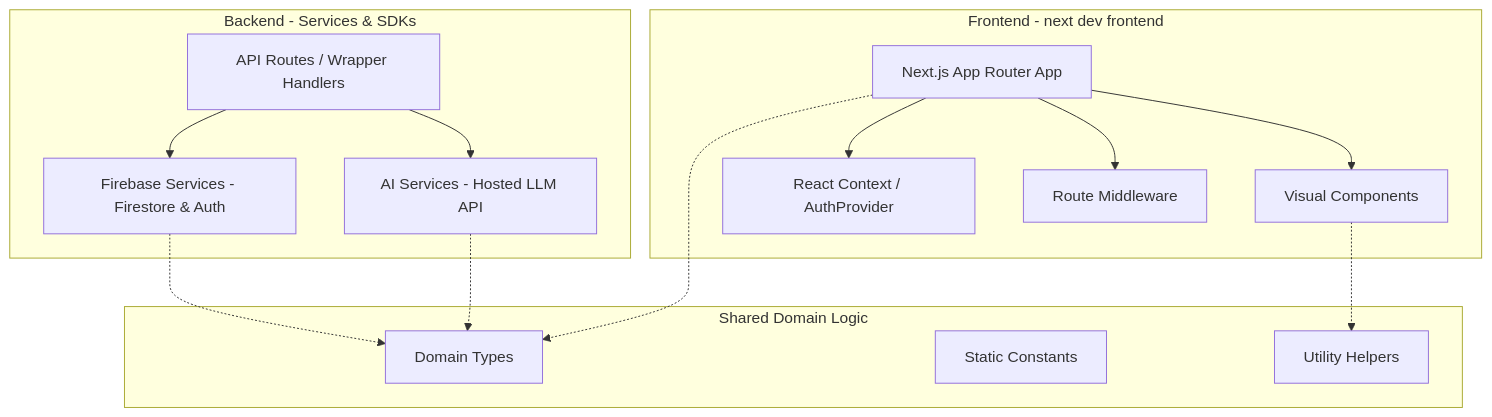
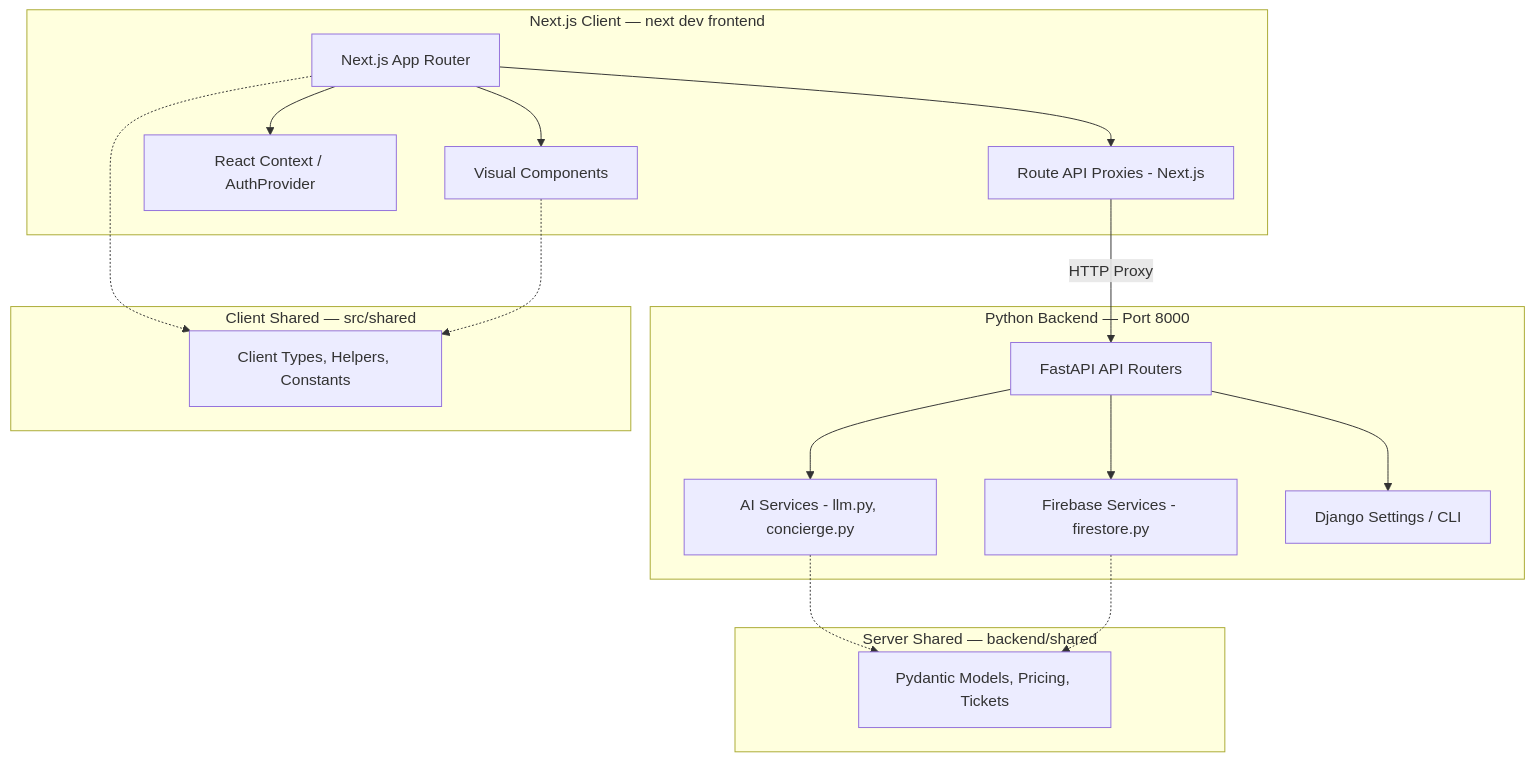
The first of 2 diagrams in playsphere-ai/docs/architecture.md (devvikax/playsphere-ai), drawn with Mermaid before and after one commit. The commit also changed other lines of this file and 89 other files, not shown here.

Commit message:
feat: implement project infrastructure with AI-concierge proxy routes and technical documentation.

````diff
--- a/playsphere-ai/docs/architecture.md
+++ b/playsphere-ai/docs/architecture.md
@@ -11,25 +11,29 @@
 ```mermaid
 graph TD
-    subgraph Frontend Layer [Frontend - next dev frontend]
-        A[Next.js App Router App] --> B[Visual Components]
+    subgraph Frontend Layer [Next.js Client — next dev frontend]
+        A[Next.js App Router] --> B[Visual Components]
         A --> C[React Context / AuthProvider]
-        A --> D[Route Middleware]
+        A --> D[Route API Proxies - Next.js]
     end
 
-    subgraph Shared Layer [Shared Domain Logic]
-        E[Domain Types]
-        F[Static Constants]
-        G[Utility Helpers]
+    subgraph Backend Layer [Python Backend — Port 8000]
+        E[FastAPI API Routers] --> F[AI Services - llm.py, concierge.py]
+        E --> G[Firebase Services - firestore.py]
+        E --> H[Django Settings / CLI]
     end
 
-    subgraph Backend Layer [Backend - Services & SDKs]
-        H[API Routes / Wrapper Handlers] --> I[AI Services - Hosted LLM API]
-        H --> J[Firebase Services - Firestore & Auth]
+    subgraph Client Shared Logic [Client Shared — src/shared]
+        I[Client Types, Helpers, Constants]
     end
 
-    %% Dependency references
-    A -.-> E
-    B -.-> G
-    I -.-> E
-    J -.-> E
+    subgraph Server Shared Logic [Server Shared — backend/shared]
+        J[Pydantic Models, Pricing, Tickets]
+    end
+
+    %% Flow links
+    D -->|HTTP Proxy| E
+    A -.-> I
+    B -.-> I
+    F -.-> J
+    G -.-> J
 ```
````
